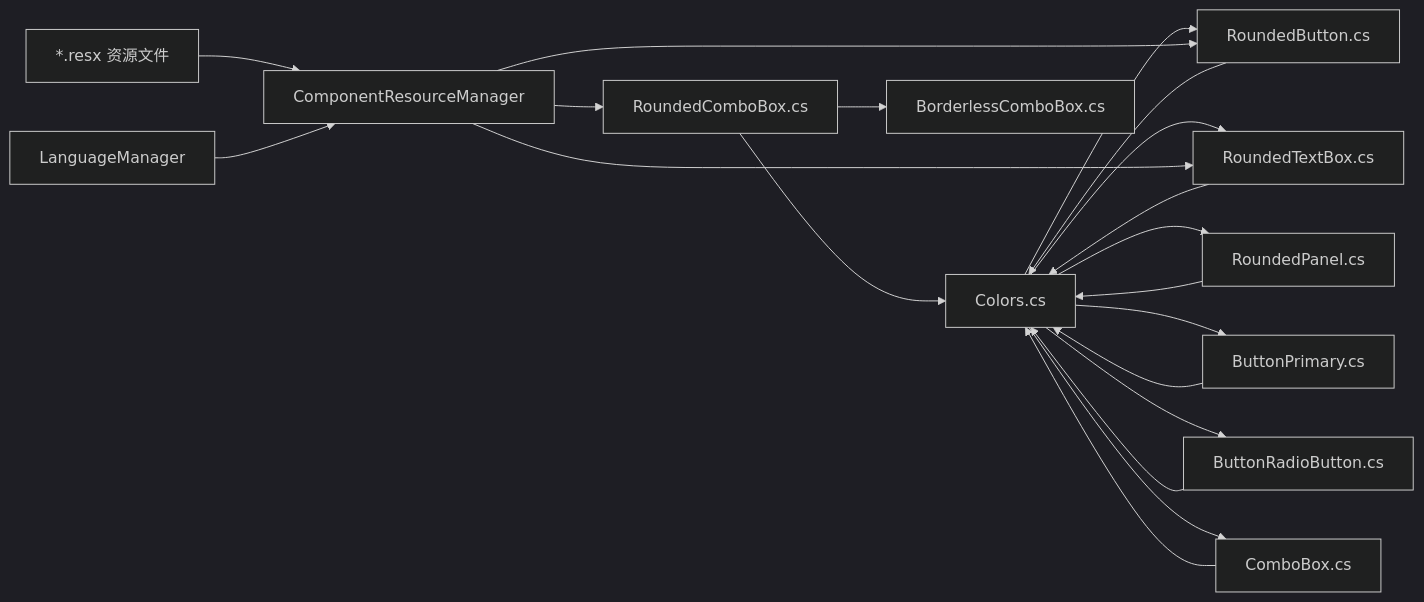
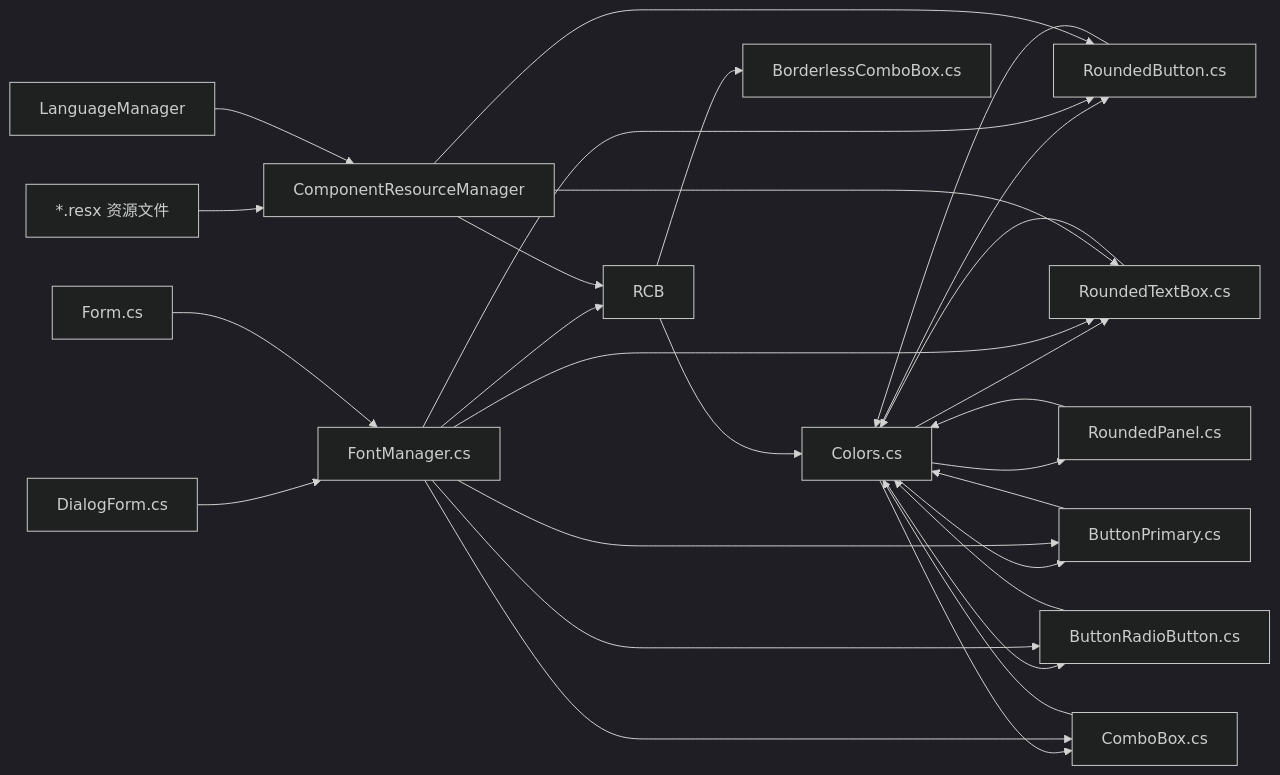
Before and after one commit to tea4go/Macro-Deck: diagram 11 of 11 in .qoder/repowiki/zh/content/图形用户界面/自定义控件/自定义控件.md, drawn with Mermaid (dark theme). The commit also changed other lines of this file and 5 other files, not shown here.

````diff
--- a/.qoder/repowiki/zh/content/图形用户界面/自定义控件/自定义控件.md
+++ b/.qoder/repowiki/zh/content/图形用户界面/自定义控件/自定义控件.md
@@ -527,22 +639,30 @@
 ```mermaid
 graph LR
 Colors["Colors.cs"] --> RB["RoundedButton.cs"]
 Colors --> RTB["RoundedTextBox.cs"]
 Colors --> RP["RoundedPanel.cs"]
 Colors --> BP["ButtonPrimary.cs"]
 Colors --> BRB["ButtonRadioButton.cs"]
 Colors --> CB["ComboBox.cs"]
+FontManager["FontManager.cs"] --> RTB
+FontManager --> RCB
+FontManager --> RB
+FontManager --> BP
+FontManager --> BRB
+FontManager --> CB
+DialogForm["DialogForm.cs"] --> FontManager
+Form["Form.cs"] --> FontManager
 RES["*.resx 资源文件"] --> CRM["ComponentResourceManager"]
 CRM --> RB
 CRM --> RTB
 CRM --> RCB
 LM["LanguageManager"] --> CRM
-RCB["RoundedComboBox.cs"] --> BLCB["BorderlessComboBox.cs"]
+RCB --> BLCB["BorderlessComboBox.cs"]
 RCB --> Colors
 RB --> Colors
 RTB --> Colors
 RP --> Colors
 BP --> Colors
 BRB --> Colors
 CB --> Colors
 ```
````
